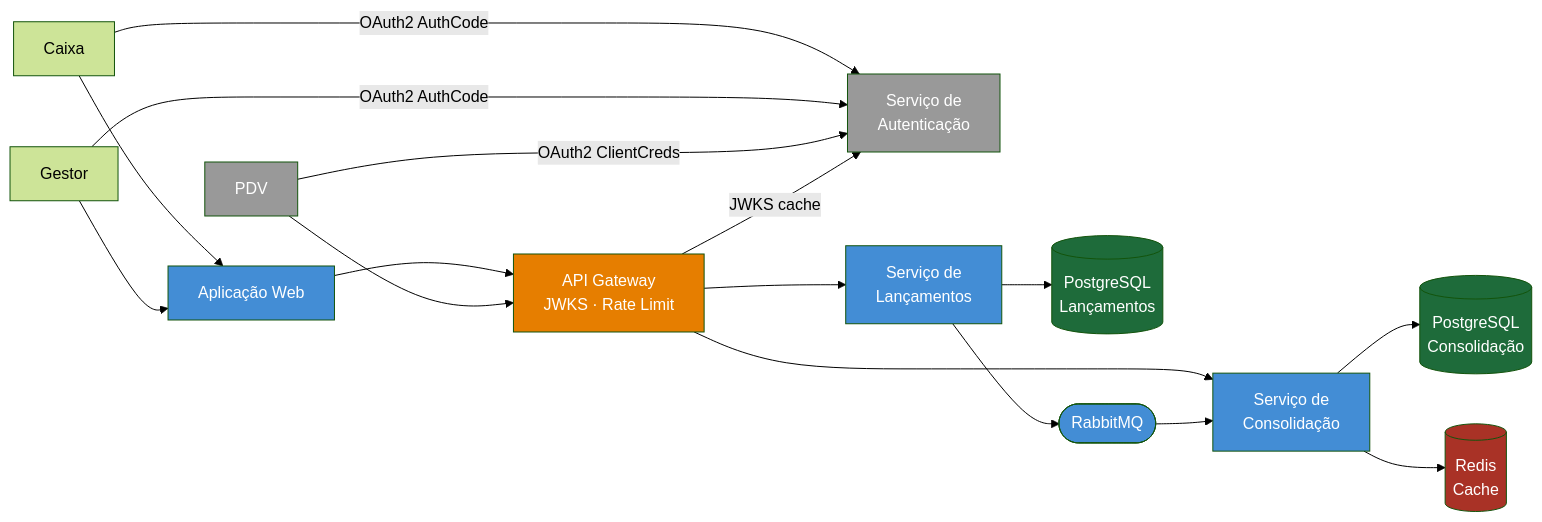
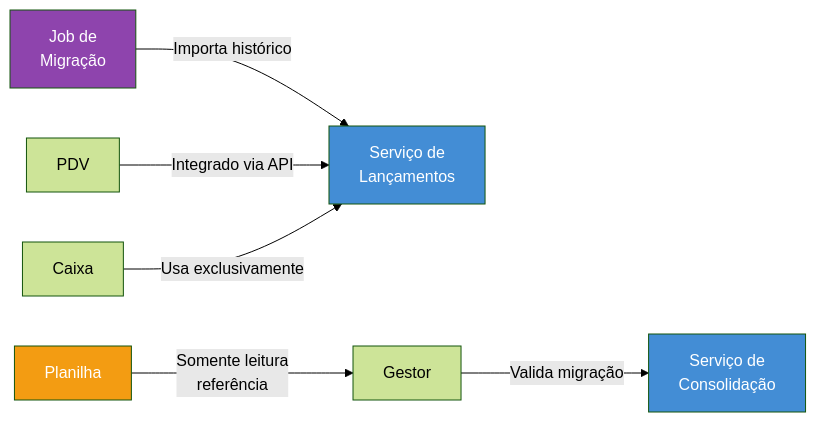
The third of 3 diagrams in docs/engenharia/transicao.md (gsperim/account-engine-lab), drawn with Mermaid (forest theme) before and after one commit. The commit also changed other lines of this file and 18 other files, not shown here.

First line of the commit message:
feat(etapa3/infra): migrar API Gateway de nginx para Traefik com HTTPS local

````diff
--- a/docs/engenharia/transicao.md
+++ b/docs/engenharia/transicao.md
@@ -138,29 +122,13 @@
 ```mermaid
 graph LR
-    Caixa -->|OAuth2 AuthCode| Auth[Serviço de\nAutenticação]
-    Gestor -->|OAuth2 AuthCode| Auth
-    PDV -->|OAuth2 ClientCreds| Auth
-    Caixa --> FE[Aplicação Web]
-    Gestor --> FE
-    FE --> GW[API Gateway\nJWKS · Rate Limit]
-    PDV --> GW
-    GW -->|JWKS cache| Auth
-    GW --> LA[Serviço de\nLançamentos]
-    GW --> CO[Serviço de\nConsolidação]
-    LA --> DB1[(PostgreSQL\nLançamentos)]
-    LA --> BR([RabbitMQ])
-    BR --> CO
-    CO --> DB2[(PostgreSQL\nConsolidação)]
-    CO --> CA[(Redis\nCache)]
+    MIG[Job de\nMigração] -->|Importa histórico| LA[Serviço de\nLançamentos]
+    PDV -->|Integrado via API| LA
+    Caixa -->|Usa exclusivamente| LA
+    Gestor -->|Valida migração| CO[Serviço de\nConsolidação]
+    PL[Planilha] -->|Somente leitura\n referência| Gestor
 
-    style Auth fill:#999,color:#fff
-    style PDV fill:#999,color:#fff
-    style GW fill:#e67e00,color:#fff
+    style MIG fill:#8e44ad,color:#fff
     style LA fill:#438dd5,color:#fff
     style CO fill:#438dd5,color:#fff
-    style FE fill:#438dd5,color:#fff
-    style BR fill:#438dd5,color:#fff
-    style DB1 fill:#1e6b3a,color:#fff
-    style DB2 fill:#1e6b3a,color:#fff
-    style CA fill:#a93226,color:#fff
+    style PL fill:#f39c12,color:#fff
 ```
````
